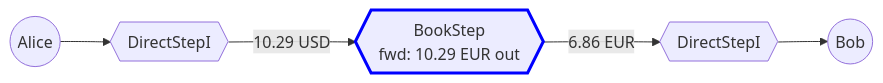
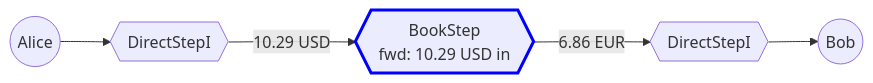
One commit to commonprefix/payment-system-docs changed diagram 11 of 12 in docs/flow/README.md. Above: the diagram before and after it, drawn with Mermaid. The commit also changed other lines of this file and 2 other files, not shown here.

Commit message:
Improve flow readability and correct mistakes

````diff
--- a/docs/flow/README.md
+++ b/docs/flow/README.md
@@ -1612,11 +1689,11 @@
 ```mermaid
 flowchart LR
     alice((Alice))
     aliceToIssuer{{DirectStepI}}
-    issuerToOfferToIssuer{{BookStep<br>fwd: 10.29 EUR out}}
+    issuerToOfferToIssuer{{BookStep<br>fwd: 10.29 USD in}}
     issuerToBob{{DirectStepI}}
     bob((Bob))
     alice --> aliceToIssuer -- 10.29 USD --> issuerToOfferToIssuer -- 6.86 EUR --> issuerToBob --> bob
-    
+
     style issuerToOfferToIssuer stroke:blue,stroke-width:3px
 ```
````
